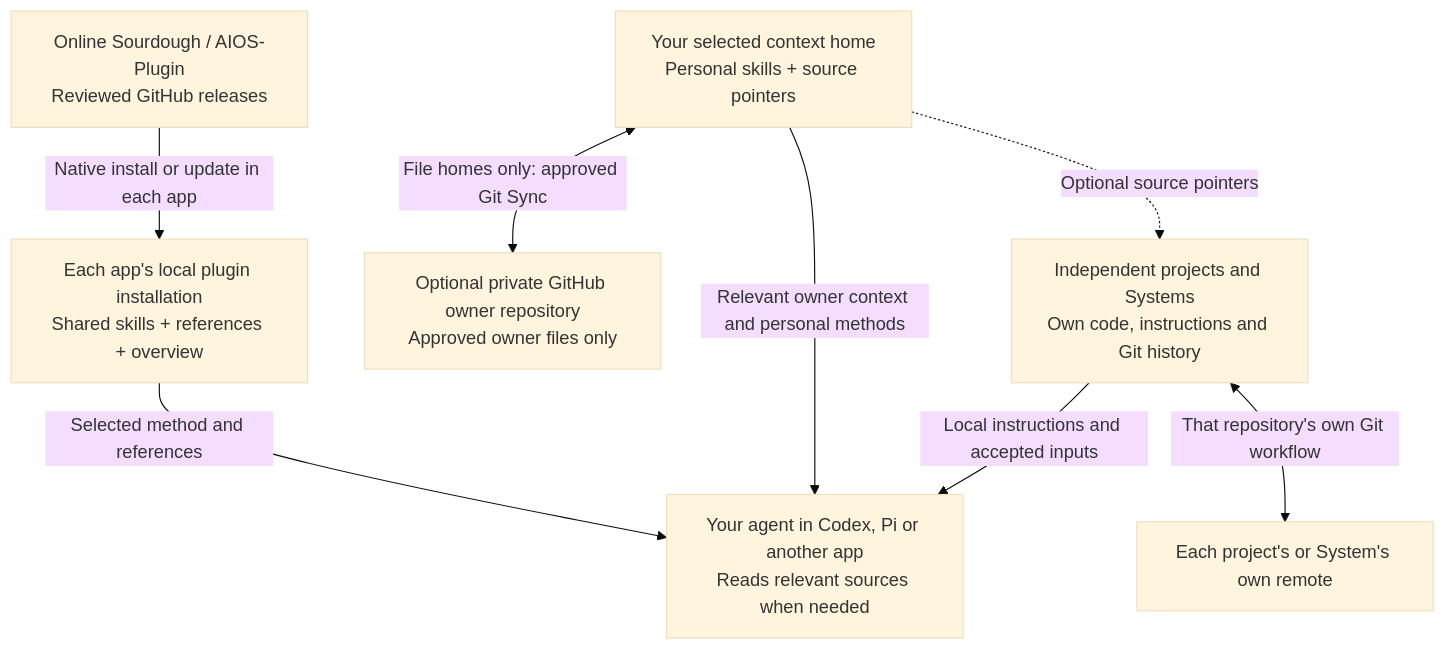
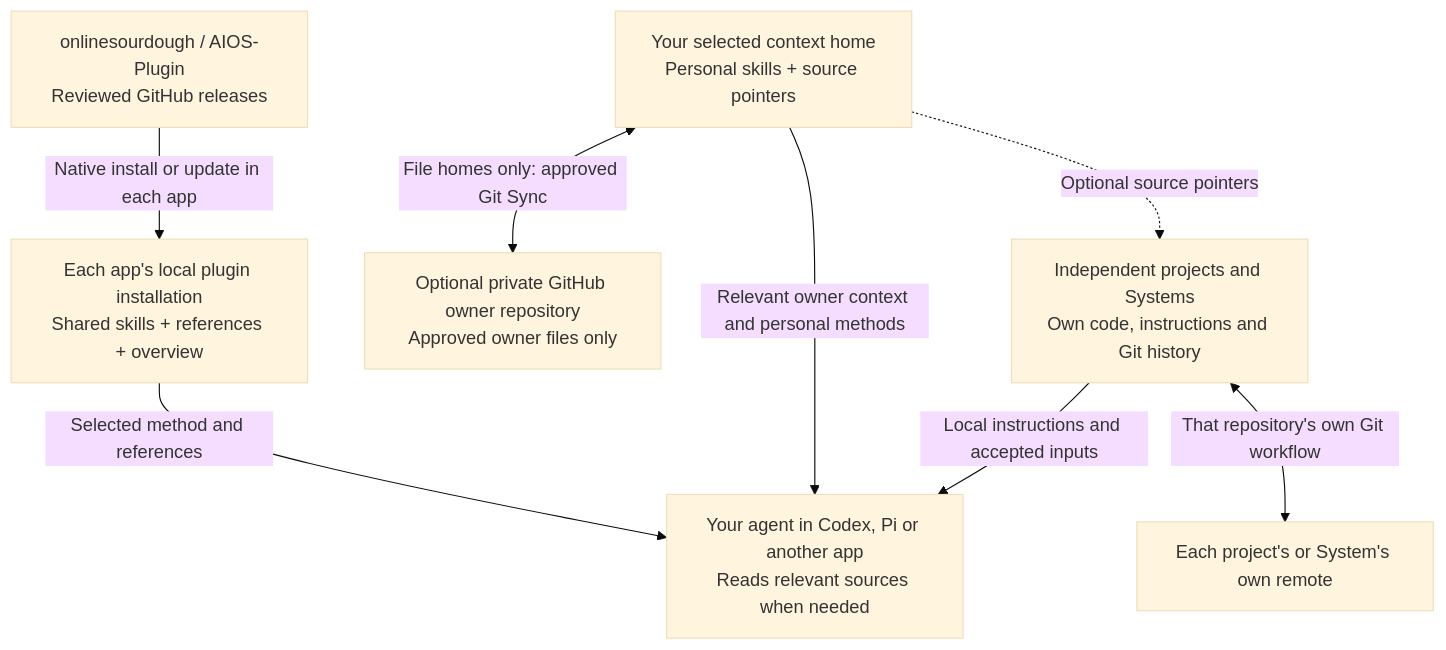
One commit to onlinesourdough/AIOS-Plugin changed the diagram in README.md. Above: the diagram before and after it, drawn with Mermaid (base theme). The commit also changed other lines of this file and 42 other files, not shown here.

````diff
--- a/README.md
+++ b/README.md
@@ -319,17 +328,17 @@
 ```mermaid
 flowchart TB
-    upstream["Online Sourdough / AIOS-Plugin<br/>Reviewed GitHub releases"]
+    upstream["onlinesourdough / AIOS-Plugin<br/>Reviewed GitHub releases"]
     installed["Each app's local plugin installation<br/>Shared skills + references + overview"]
     agent["Your agent in Codex, Pi or another app<br/>Reads relevant sources when needed"]
     personal["Your selected context home<br/>Personal skills + source pointers"]
     backup["Optional private GitHub owner repository<br/>Approved owner files only"]
     project["Independent projects and Systems<br/>Own code, instructions and Git history"]
     projectremote["Each project's or System's own remote"]
     upstream -->|"Native install or update in each app"| installed
     installed -->|"Selected method and references"| agent
     personal -->|"Relevant owner context and personal methods"| agent
     personal <-->|"File homes only: approved Git Sync"| backup
     personal -.->|"Optional source pointers"| project
     project -->|"Local instructions and accepted inputs"| agent
     project <-->|"That repository's own Git workflow"| projectremote
 ```
````
